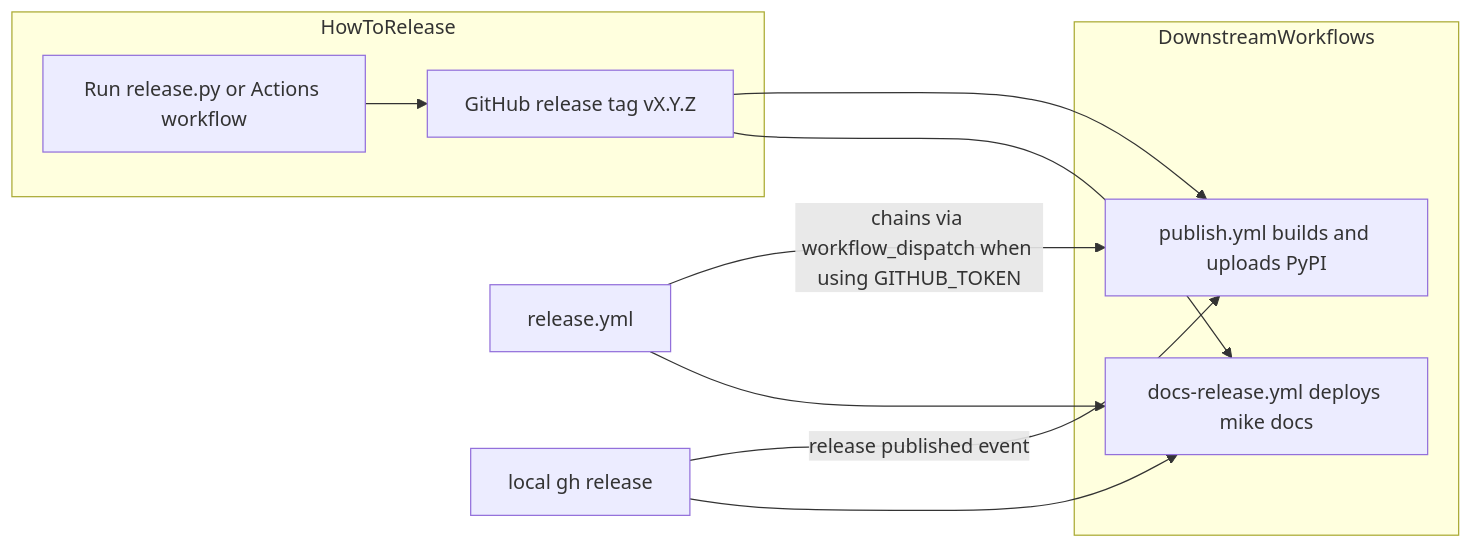
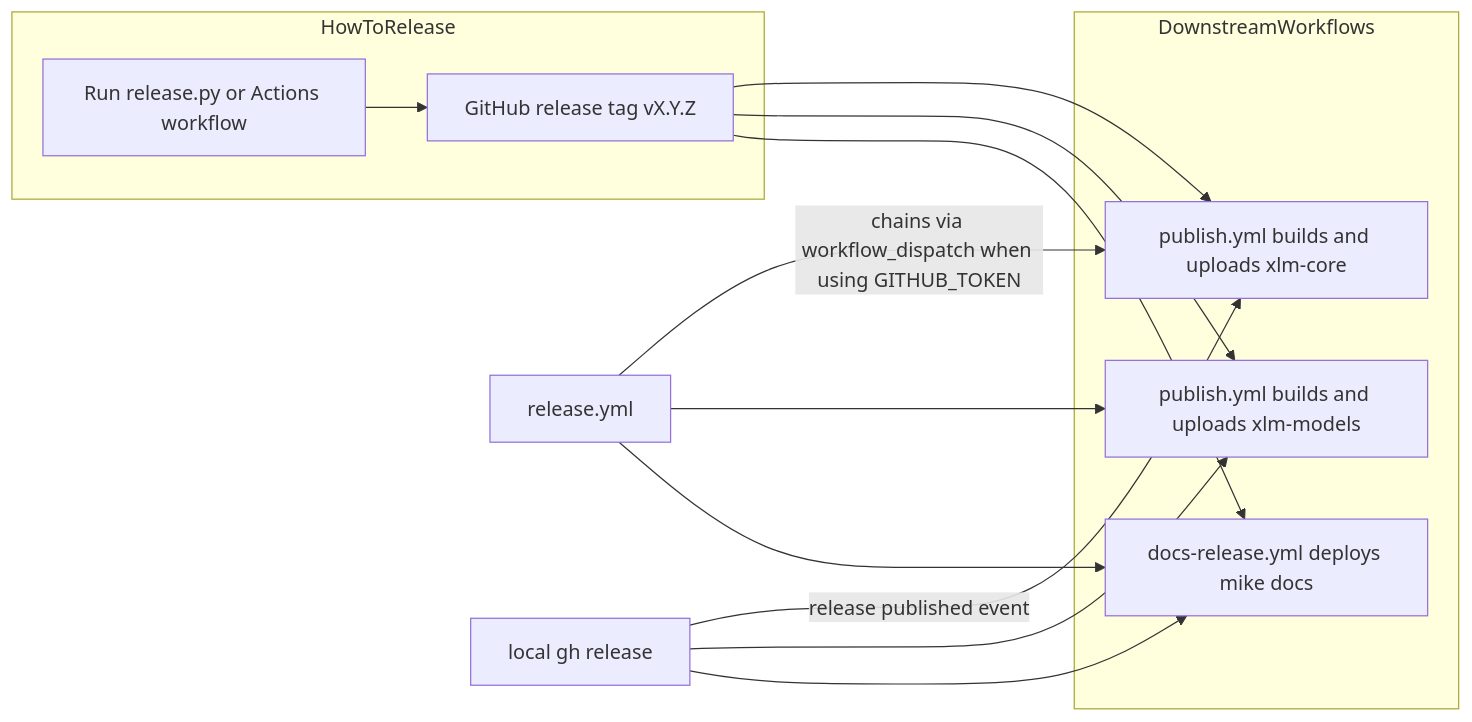
The diagram in docs/developers/releasing.md (dhruvdcoder/xlm-core), drawn with Mermaid before and after one commit. The commit also changed other lines of this file and 5 other files, not shown here.

Commit message:
release xlm-models with xlm-core

````diff
--- a/docs/developers/releasing.md
+++ b/docs/developers/releasing.md
@@ -72,18 +73,22 @@
 ```mermaid
 flowchart LR
   subgraph procedure [HowToRelease]
     A[Run release.py or Actions workflow]
     B[GitHub release tag vX.Y.Z]
   end
   subgraph downstream [DownstreamWorkflows]
-    C[publish.yml builds and uploads PyPI]
+    C[publish.yml builds and uploads xlm-core]
+    C2[publish.yml builds and uploads xlm-models]
     D[docs-release.yml deploys mike docs]
   end
   A --> B
   B --> C
+  B --> C2
   B --> D
   releaseYml[release.yml] -->|"chains via workflow_dispatch when using GITHUB_TOKEN"| C
+  releaseYml --> C2
   releaseYml --> D
   localGh[local gh release] -->|"release published event"| C
+  localGh --> C2
   localGh --> D
 ```
````
